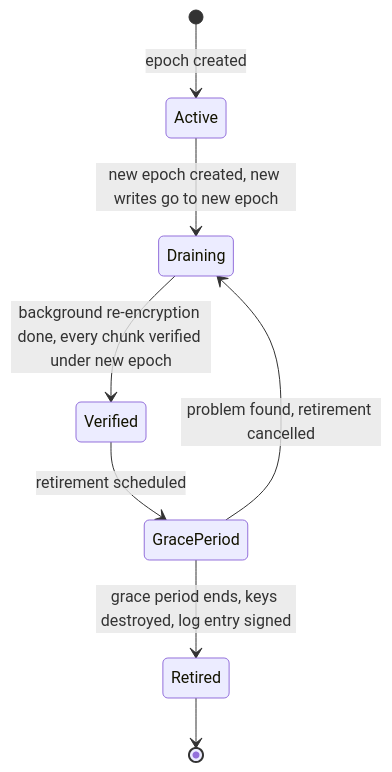
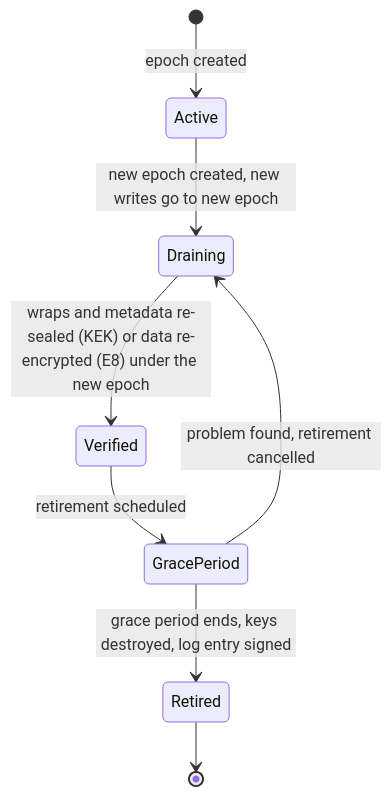
One commit to thearpankumar/CryptHix changed the fourth of 11 diagrams in docs/project-vision.md. Above: the diagram before and after it, drawn with Mermaid. The commit also changed other lines of this file and 4 other files, not shown here.

````diff
--- a/docs/project-vision.md
+++ b/docs/project-vision.md
@@ -233,10 +239,10 @@
 ```mermaid
 stateDiagram-v2
     [*] --> Active: epoch created
     Active --> Draining: new epoch created, new writes go to new epoch
-    Draining --> Verified: background re-encryption done, every chunk verified under new epoch
+    Draining --> Verified: wraps and metadata re-sealed (KEK) or data re-encrypted (E8) under the new epoch
     Verified --> GracePeriod: retirement scheduled
     GracePeriod --> Retired: grace period ends, keys destroyed, log entry signed
     GracePeriod --> Draining: problem found, retirement cancelled
     Retired --> [*]
 ```
````
